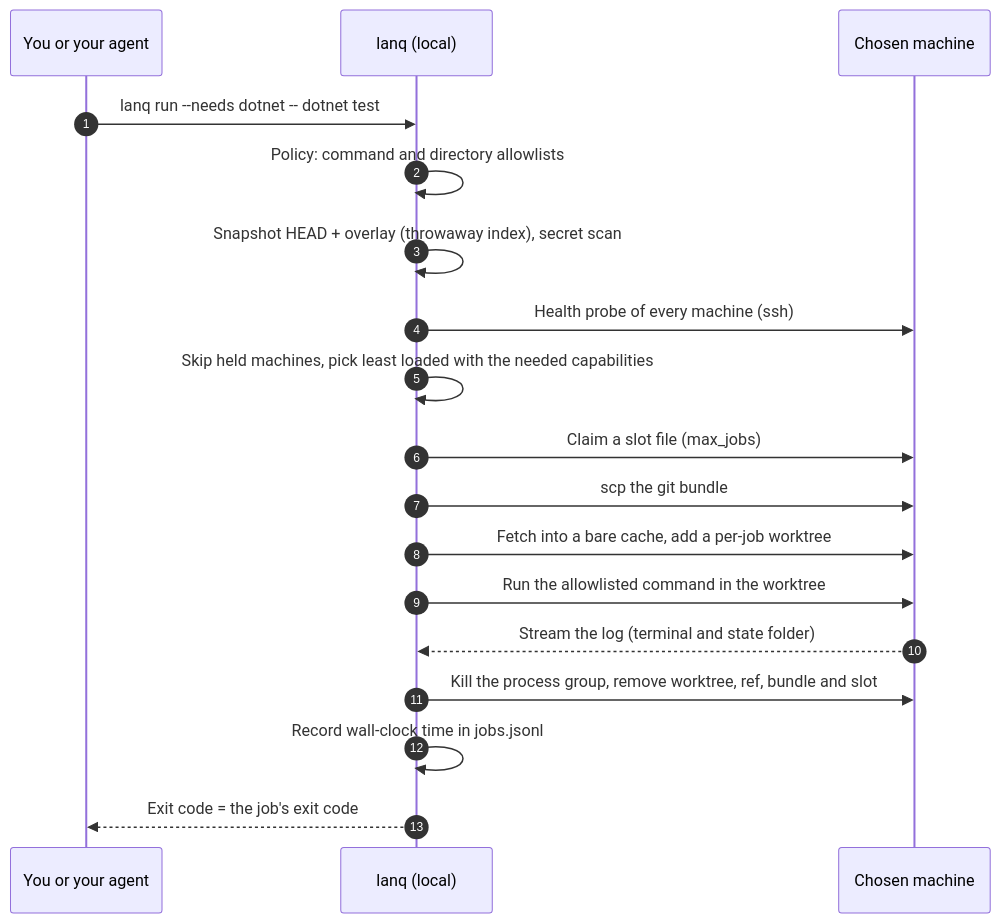
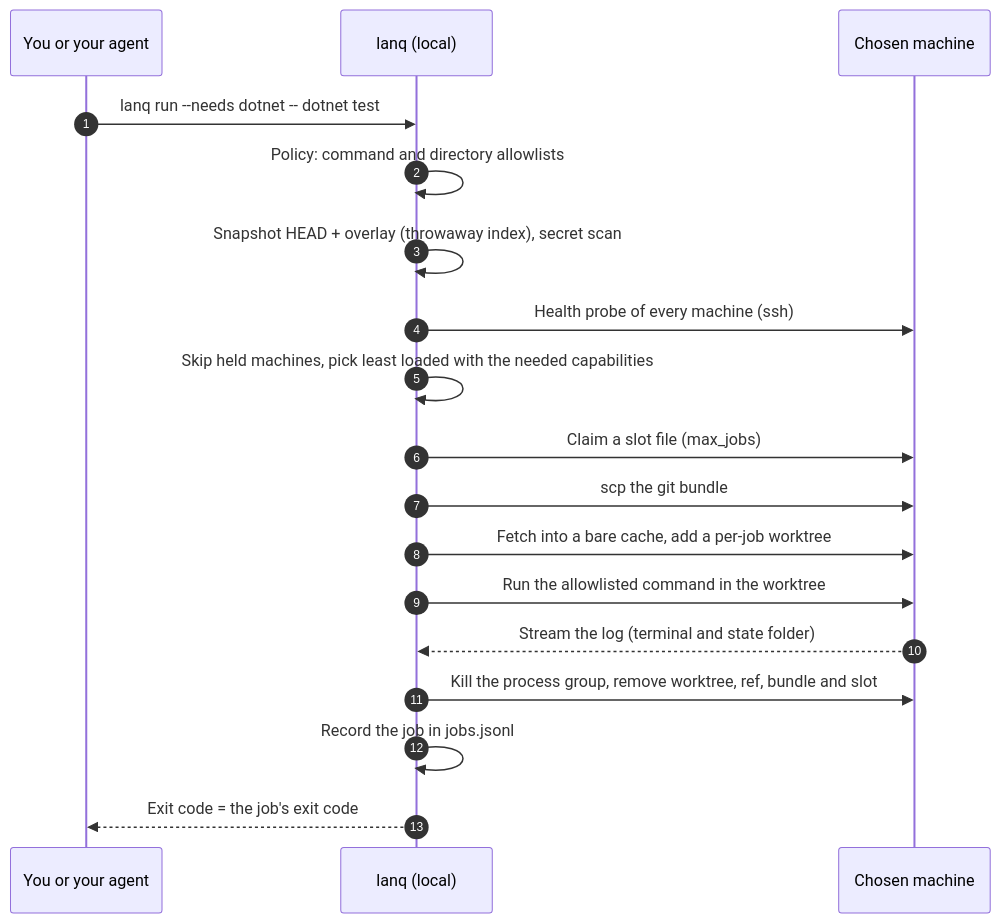
Before and after one commit to jangolath/lanqueue: the diagram in README.md, drawn with Mermaid. The commit also changed other lines of this file and 48 other files, not shown here.

````diff
--- a/README.md
+++ b/README.md
@@ -509,20 +526,20 @@
 ```mermaid
 sequenceDiagram
     autonumber
     participant Dev as You or your agent
     participant L as lanq (local)
     participant M as Chosen machine
     Dev->>L: lanq run --needs dotnet -- dotnet test
     L->>L: Policy: command and directory allowlists
     L->>L: Snapshot HEAD + overlay (throwaway index), secret scan
     L->>M: Health probe of every machine (ssh)
     L->>L: Skip held machines, pick least loaded with the needed capabilities
     L->>M: Claim a slot file (max_jobs)
     L->>M: scp the git bundle
     L->>M: Fetch into a bare cache, add a per-job worktree
     L->>M: Run the allowlisted command in the worktree
     M-->>L: Stream the log (terminal and state folder)
     L->>M: Kill the process group, remove worktree, ref, bundle and slot
-    L->>L: Record wall-clock time in jobs.jsonl
+    L->>L: Record the job in jobs.jsonl
     L-->>Dev: Exit code = the job's exit code
 ```
````
